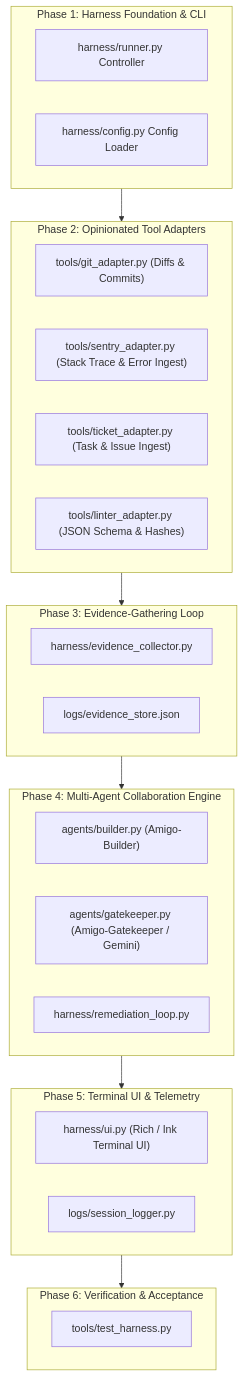
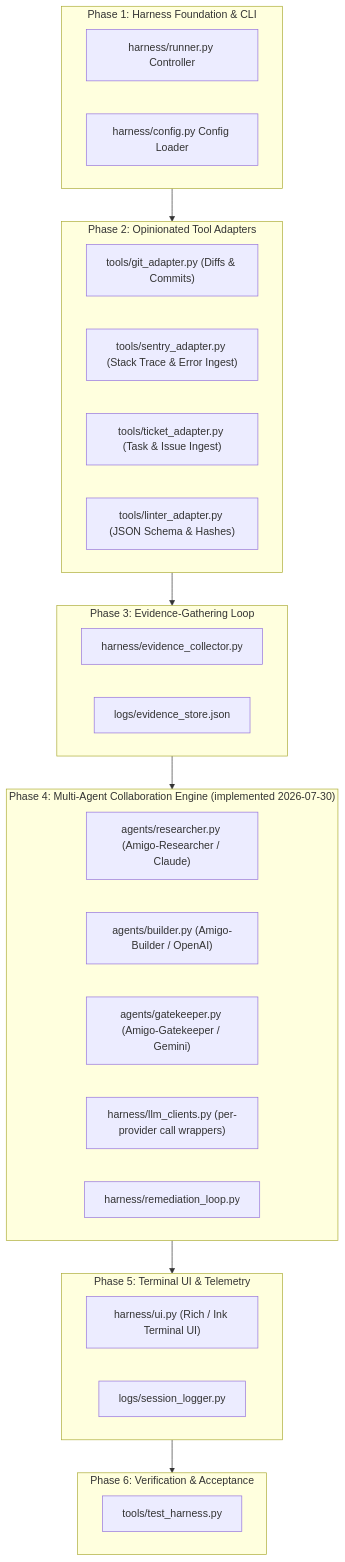
One commit to hanax-ai/sdd-core-citadel changed the diagram in docs/implementation_plan.md. Above: the diagram before and after it, drawn with Mermaid. The commit also changed other lines of this file, not shown here.

First line of the commit message:
docs: update roadmap with Phase 4 completion + live verification status

````diff
--- a/docs/implementation_plan.md
+++ b/docs/implementation_plan.md
@@ -29,36 +29,38 @@
 ```mermaid
 flowchart TD
     subgraph Phase1 ["Phase 1: Harness Foundation & CLI"]
         Runner["harness/runner.py Controller"]
         Config["harness/config.py Config Loader"]
     end
 
     subgraph Phase2 ["Phase 2: Opinionated Tool Adapters"]
         GitAdapter["tools/git_adapter.py (Diffs & Commits)"]
         SentryAdapter["tools/sentry_adapter.py (Stack Trace & Error Ingest)"]
         LinearAdapter["tools/ticket_adapter.py (Task & Issue Ingest)"]
         LinterAdapter["tools/linter_adapter.py (JSON Schema & Hashes)"]
     end
 
     subgraph Phase3 ["Phase 3: Evidence-Gathering Loop"]
         Collector["harness/evidence_collector.py"]
         EvidenceStore["logs/evidence_store.json"]
     end
 
-    subgraph Phase4 ["Phase 4: Multi-Agent Collaboration Engine"]
-        BuilderAgent["agents/builder.py (Amigo-Builder)"]
+    subgraph Phase4 ["Phase 4: Multi-Agent Collaboration Engine (implemented 2026-07-30)"]
+        ResearcherAgent["agents/researcher.py (Amigo-Researcher / Claude)"]
+        BuilderAgent["agents/builder.py (Amigo-Builder / OpenAI)"]
         GatekeeperAgent["agents/gatekeeper.py (Amigo-Gatekeeper / Gemini)"]
+        LLMClients["harness/llm_clients.py (per-provider call wrappers)"]
         RemediationLoop["harness/remediation_loop.py"]
     end
 
     subgraph Phase5 ["Phase 5: Terminal UI & Telemetry"]
         TerminalUI["harness/ui.py (Rich / Ink Terminal UI)"]
         LogManager["logs/session_logger.py"]
     end
 
     subgraph Phase6 ["Phase 6: Verification & Acceptance"]
         TestRunner["tools/test_harness.py"]
     end
 
     Phase1 --> Phase2 --> Phase3 --> Phase4 --> Phase5 --> Phase6
 ```
````
